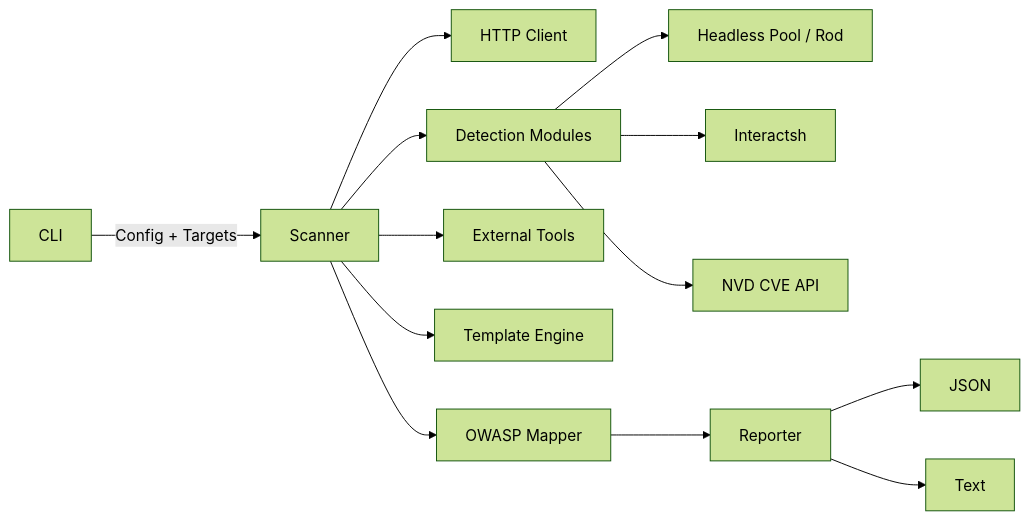
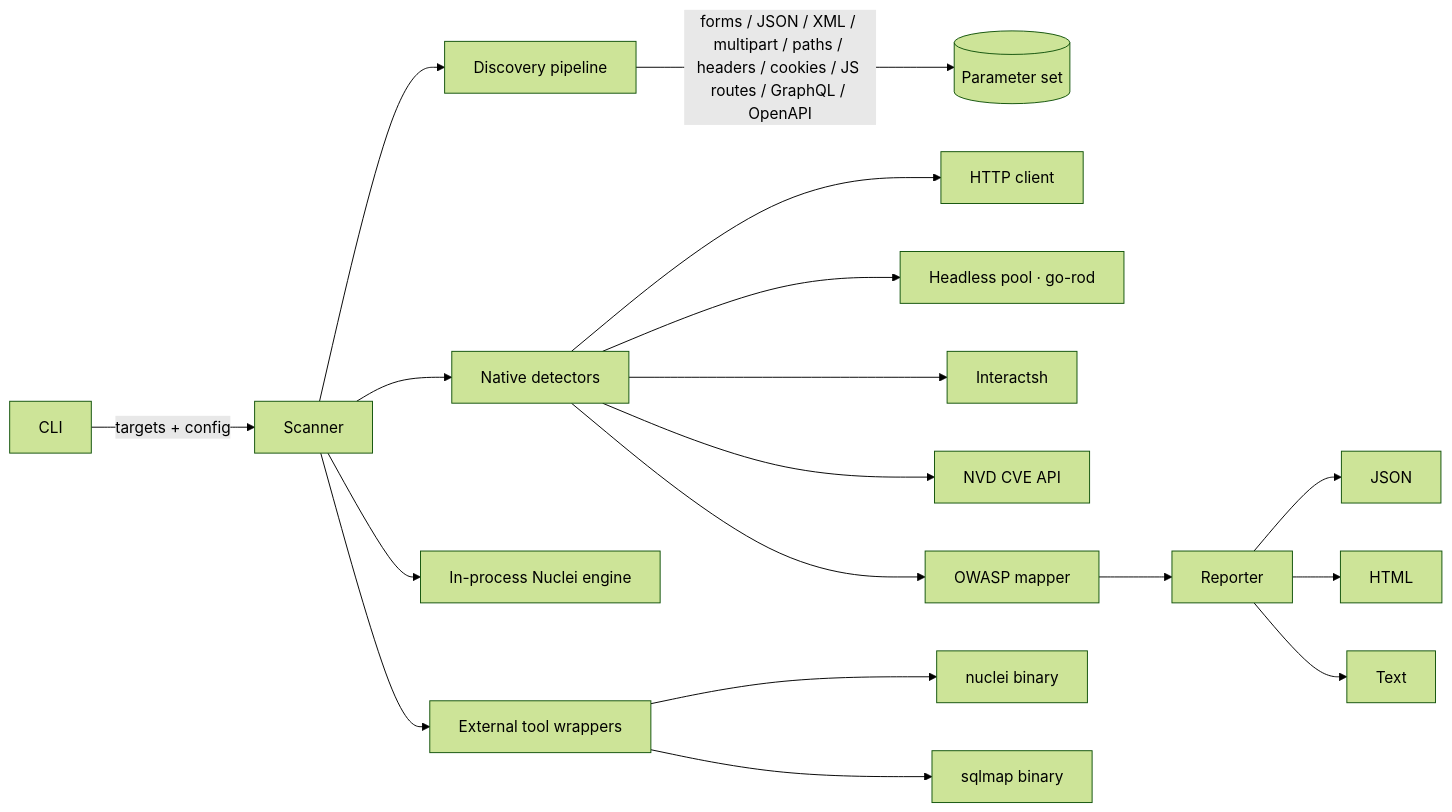
Before and after one commit to TyrusRC/assay: the diagram in README.md, drawn with Mermaid (forest theme). The commit also changed other lines of this file, not shown here.

````diff
--- a/README.md
+++ b/README.md
@@ -120,15 +360,18 @@
 ```mermaid
 flowchart LR
-    CLI -->|Config + Targets| Scanner
-    Scanner --> HTTP[HTTP Client]
-    Scanner --> Detection[Detection Modules]
-    Scanner --> Tools[External Tools]
-    Scanner --> Templates[Template Engine]
-    Detection --> Headless[Headless Pool / Rod]
+    CLI -->|targets + config| Scanner
+    Scanner --> Discovery[Discovery pipeline]
+    Discovery -->|forms / JSON / XML / multipart / paths / headers / cookies / JS routes / GraphQL / OpenAPI| Params[(Parameter set)]
+    Scanner --> Detection[Native detectors]
+    Detection --> HTTP[HTTP client]
+    Detection --> Headless[Headless pool · go-rod]
     Detection --> OOB[Interactsh]
     Detection --> NVD[NVD CVE API]
-    Scanner --> OWASP[OWASP Mapper]
+    Scanner --> Templates[In-process Nuclei engine]
+    Scanner --> Tools[External tool wrappers]
+    Tools --> NucleiBin[nuclei binary]
+    Tools --> SQLMapBin[sqlmap binary]
+    Detection --> OWASP[OWASP mapper]
     OWASP --> Reporter
-    Reporter --> JSON
-    Reporter --> Text
+    Reporter --> JSON & HTML & Text
 ```
````
